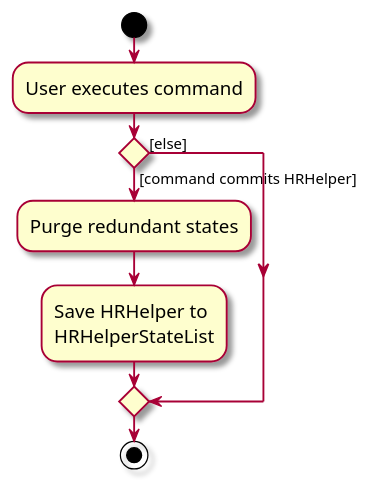
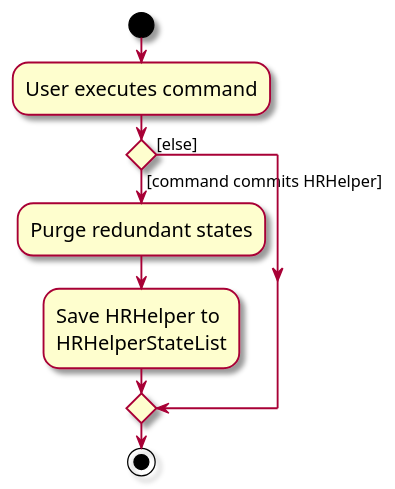
The diagram in diagrams/CommitActivityDiagram.puml (Jalenleeruixian/tp), drawn with PlantUML before and after one commit. The commit also changed 25 other files, not shown here.

```diff
--- a/diagrams/CommitActivityDiagram.puml
+++ b/diagrams/CommitActivityDiagram.puml
@@ -1,18 +1,18 @@
 @startuml
 skin rose
-skinparam ActivityFontSize 15
-skinparam ArrowFontSize 12
+skinparam ActivityFontSize 16
+skinparam ArrowFontSize 13
 start
 :User executes command;
 
 'Since the beta syntax does not support placing the condition outside the
 'diamond we place it as the true branch instead.
 
 if () then ([command commits HRHelper])
     :Purge redundant states;
     :Save HRHelper to
     HRHelperStateList;
 else ([else])
 endif
 stop
 @enduml
```
